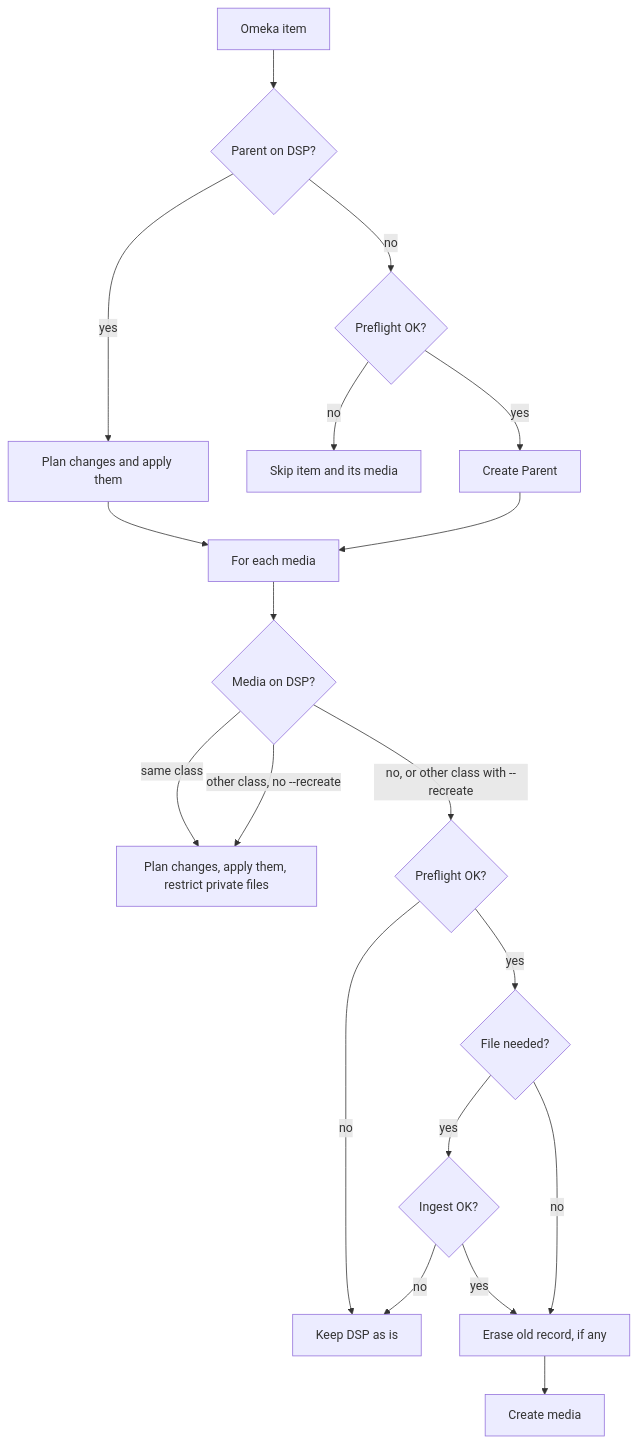
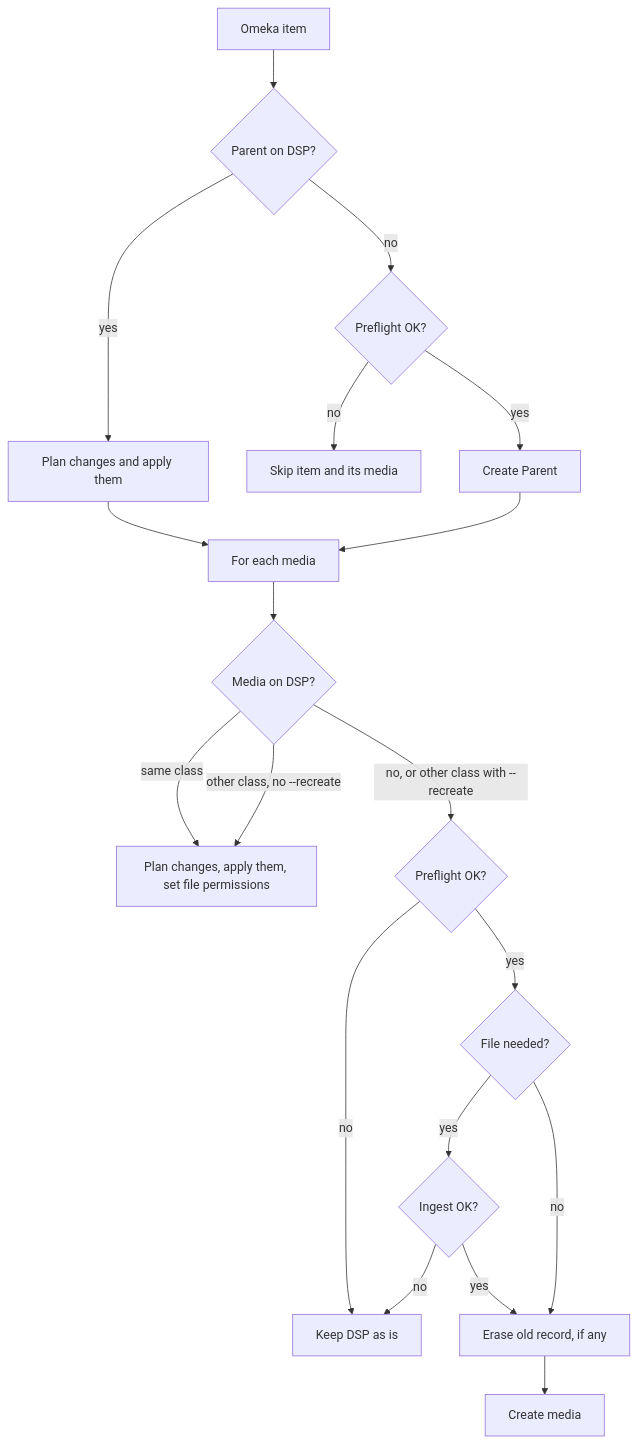
The second of 2 diagrams in docs/architecture/index.qmd (Stadt-Geschichte-Basel/omeka2dsp), drawn with Mermaid before and after one commit. The commit also changed other lines of this file and 12 other files, not shown here.

First line of the commit message:
feat: preserve private originals with restricted file permissions (#41)

````diff
--- a/docs/architecture/index.qmd
+++ b/docs/architecture/index.qmd
@@ -71,21 +71,21 @@
 ```{mermaid}
 flowchart TD
   item[Omeka item] --> find{Parent on DSP?}
   find -- yes --> diff[Plan changes and apply them]
   find -- no --> pre1{Preflight OK?}
   pre1 -- no --> skip[Skip item and its media]
   pre1 -- yes --> create[Create Parent]
   diff --> media
   create --> media[For each media]
   media --> found{Media on DSP?}
-  found -- "same class" --> mdiff[Plan changes, apply them, restrict private files]
+  found -- "same class" --> mdiff[Plan changes, apply them, set file permissions]
   found -- "other class, no --recreate" --> mdiff
   found -- "no, or other class with --recreate" --> pre2{Preflight OK?}
   pre2 -- no --> keep[Keep DSP as is]
   pre2 -- yes --> ingest{File needed?}
   ingest -- yes --> up{Ingest OK?}
   up -- no --> keep
   up -- yes --> erase
   ingest -- no --> erase[Erase old record, if any]
   erase --> mcreate[Create media]
 ```
````
